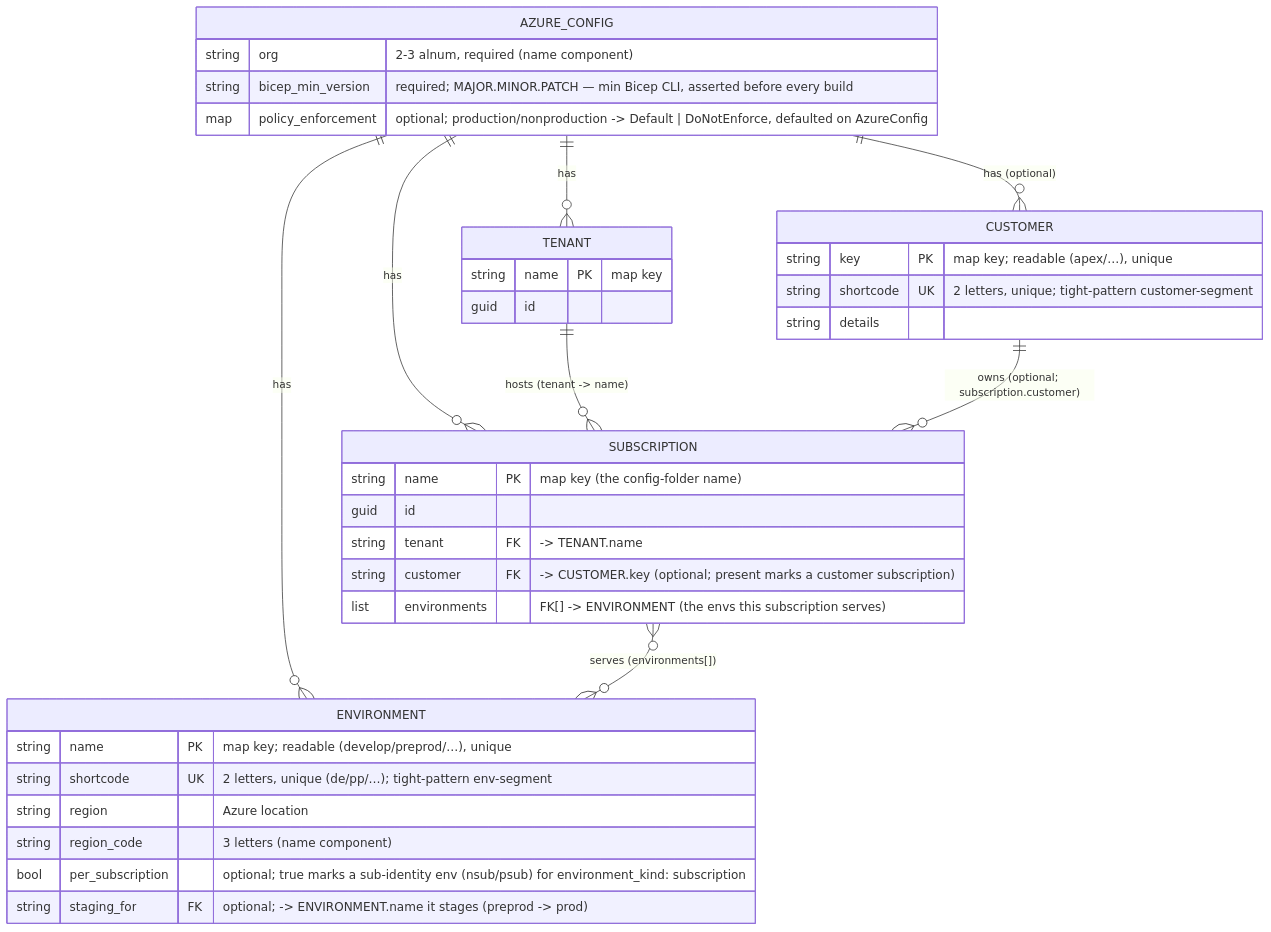
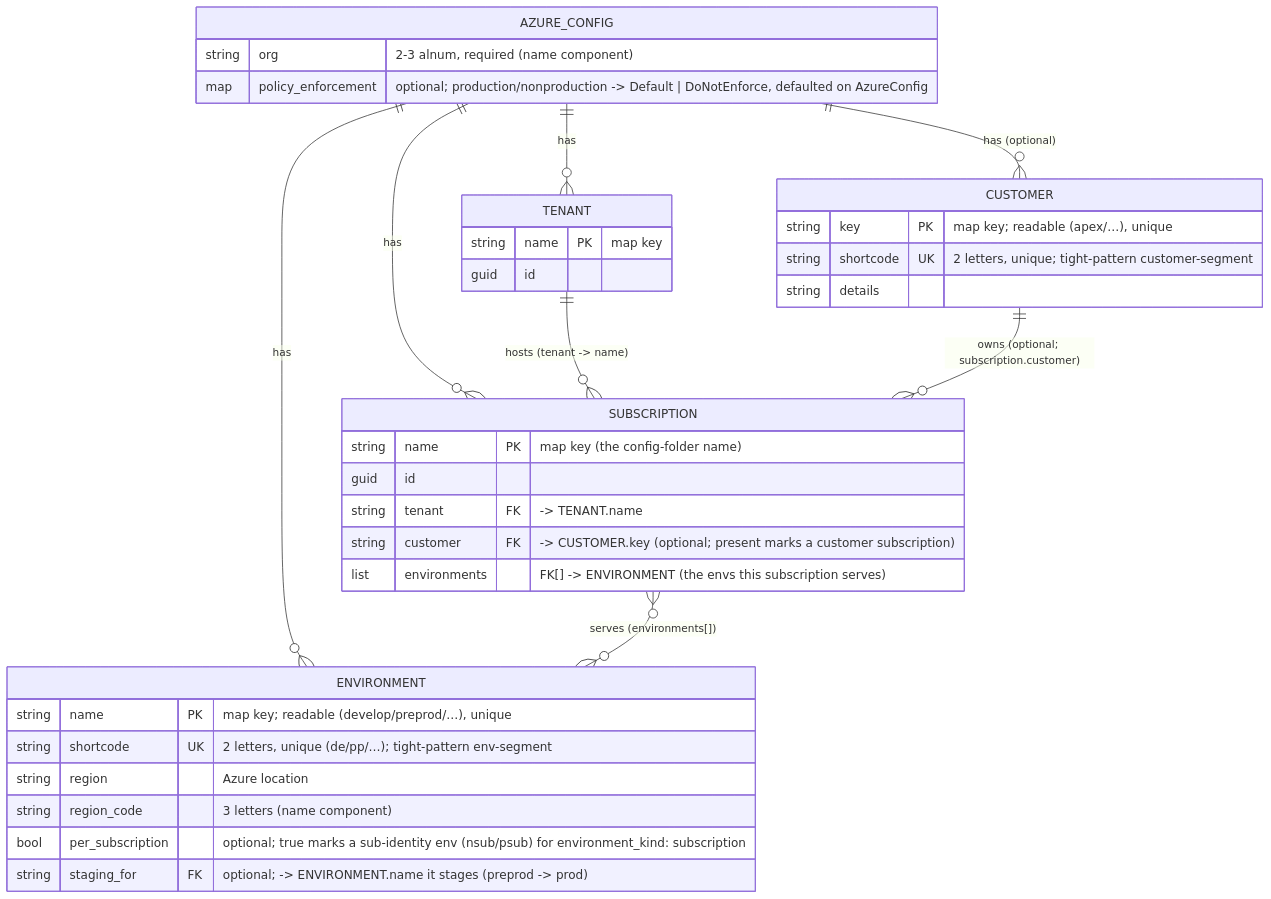
The first of 2 diagrams in docs/drs/azure/azure-data-model.md (casperease/catzc), drawn with Mermaid before and after one commit. The commit also changed other lines of this file and 577 other files, not shown here.

````diff
--- a/docs/drs/azure/azure-data-model.md
+++ b/docs/drs/azure/azure-data-model.md
@@ -186,40 +195,39 @@
 ```mermaid
 erDiagram
     AZURE_CONFIG ||--o{ TENANT       : has
     AZURE_CONFIG ||--o{ CUSTOMER     : "has (optional)"
     AZURE_CONFIG ||--o{ ENVIRONMENT  : has
     AZURE_CONFIG ||--o{ SUBSCRIPTION : has
     TENANT       ||--o{ SUBSCRIPTION : "hosts (tenant -> name)"
     CUSTOMER     ||--o{ SUBSCRIPTION : "owns (optional; subscription.customer)"
     SUBSCRIPTION }o--o{ ENVIRONMENT  : "serves (environments[])"
 
     AZURE_CONFIG {
         string org "2-3 alnum, required (name component)"
-        string bicep_min_version "required; MAJOR.MINOR.PATCH — min Bicep CLI, asserted before every build"
         map    policy_enforcement "optional; production/nonproduction -> Default | DoNotEnforce, defaulted on AzureConfig"
     }
     TENANT {
         string name PK "map key"
         guid   id
     }
     CUSTOMER {
         string key       PK "map key; readable (apex/…), unique"
         string shortcode UK "2 letters, unique; tight-pattern customer-segment"
         string details
     }
     ENVIRONMENT {
         string name             PK "map key; readable (develop/preprod/…), unique"
         string shortcode        UK "2 letters, unique (de/pp/…); tight-pattern env-segment"
         string region           "Azure location"
         string region_code      "3 letters (name component)"
         bool   per_subscription "optional; true marks a sub-identity env (nsub/psub) for environment_kind: subscription"
         string staging_for      FK "optional; -> ENVIRONMENT.name it stages (preprod -> prod)"
     }
     SUBSCRIPTION {
         string name     PK "map key (the config-folder name)"
         guid   id
         string tenant   FK "-> TENANT.name"
         string customer FK "-> CUSTOMER.key (optional; present marks a customer subscription)"
         list   environments "FK[] -> ENVIRONMENT (the envs this subscription serves)"
     }
 ```
````
